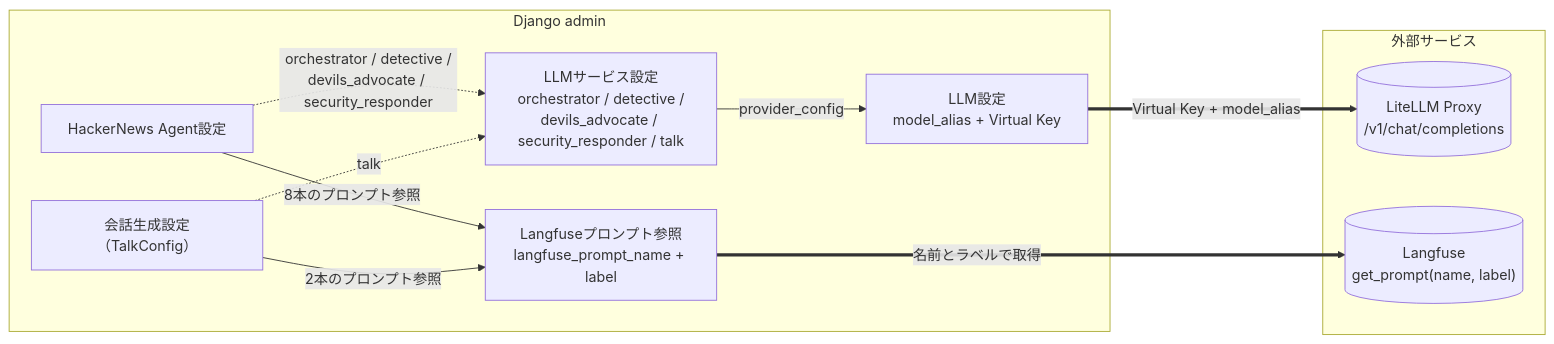
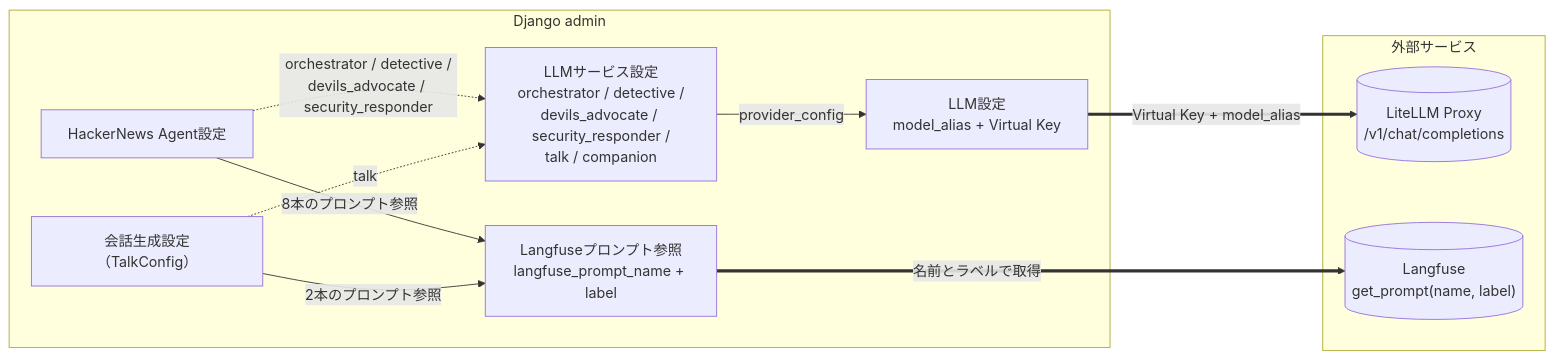
The diagram in django_api/integrations/llm/README.md (kagiyama-baking/kawashiro-server), drawn with Mermaid before and after one commit. The commit also changed other lines of this file and 5 other files, not shown here.

````diff
--- a/django_api/integrations/llm/README.md
+++ b/django_api/integrations/llm/README.md
@@ -38,24 +38,24 @@
 ```mermaid
 flowchart LR
     subgraph Admin["Django admin"]
         Provider["LLM設定<br/>model_alias + Virtual Key"]
-        Service["LLMサービス設定<br/>orchestrator / detective /<br/>devils_advocate / security_responder / talk"]
+        Service["LLMサービス設定<br/>orchestrator / detective /<br/>devils_advocate / security_responder /<br/>talk / companion"]
         Ref["Langfuseプロンプト参照<br/>langfuse_prompt_name + label"]
         HN["HackerNews Agent設定"]
         Talk["会話生成設定（TalkConfig）"]
     end
 
     subgraph External["外部サービス"]
         LiteLLM[("LiteLLM Proxy<br/>/v1/chat/completions")]
         Langfuse[("Langfuse<br/>get_prompt(name, label)")]
     end
 
     Service -->|provider_config| Provider
     HN -->|8本のプロンプト参照| Ref
     HN -.->|orchestrator / detective /<br/>devils_advocate / security_responder| Service
     Talk -->|2本のプロンプト参照| Ref
     Talk -.->|talk| Service
 
     Provider ==>|Virtual Key + model_alias| LiteLLM
     Ref ==>|名前とラベルで取得| Langfuse
 ```
````
